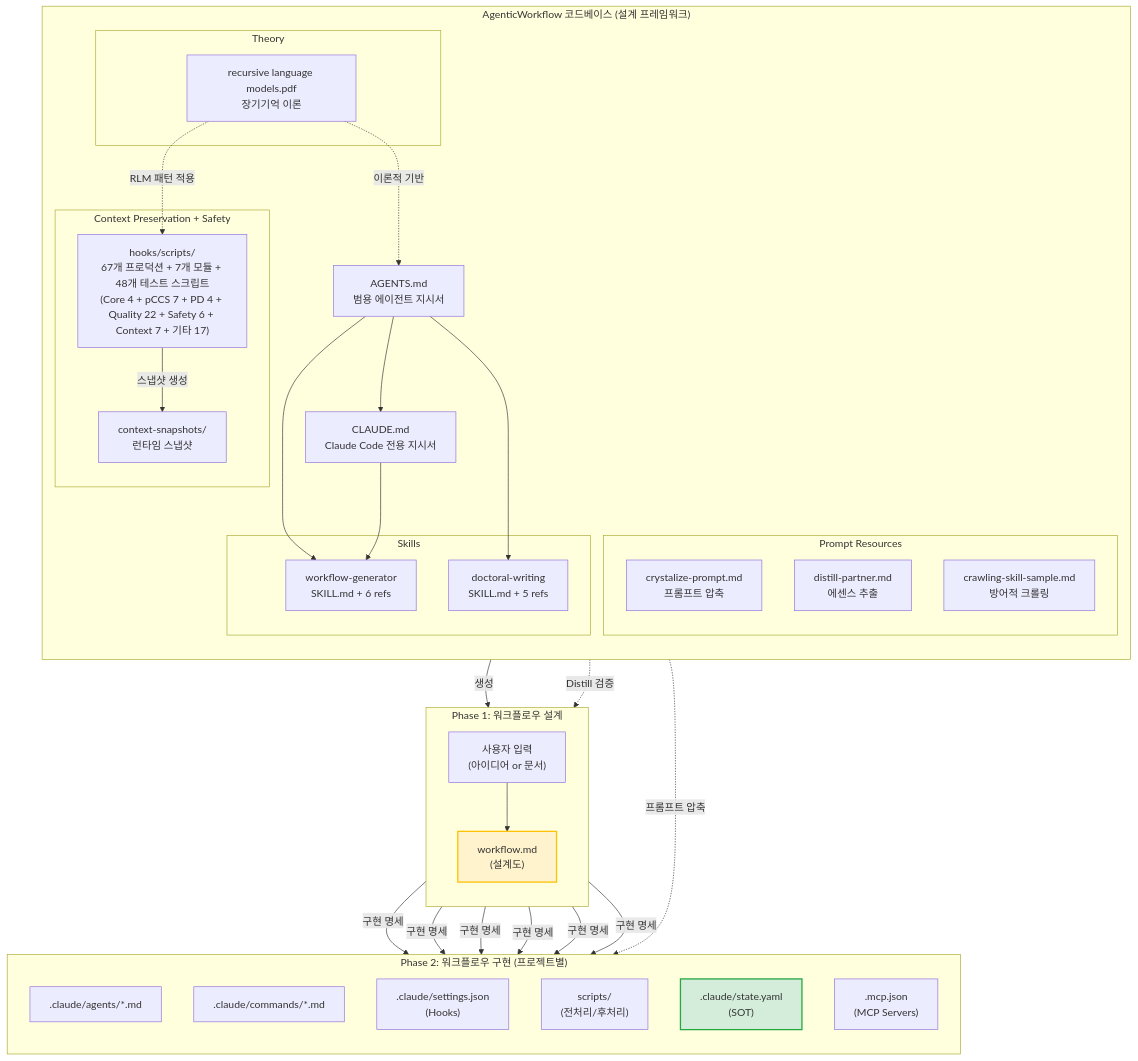
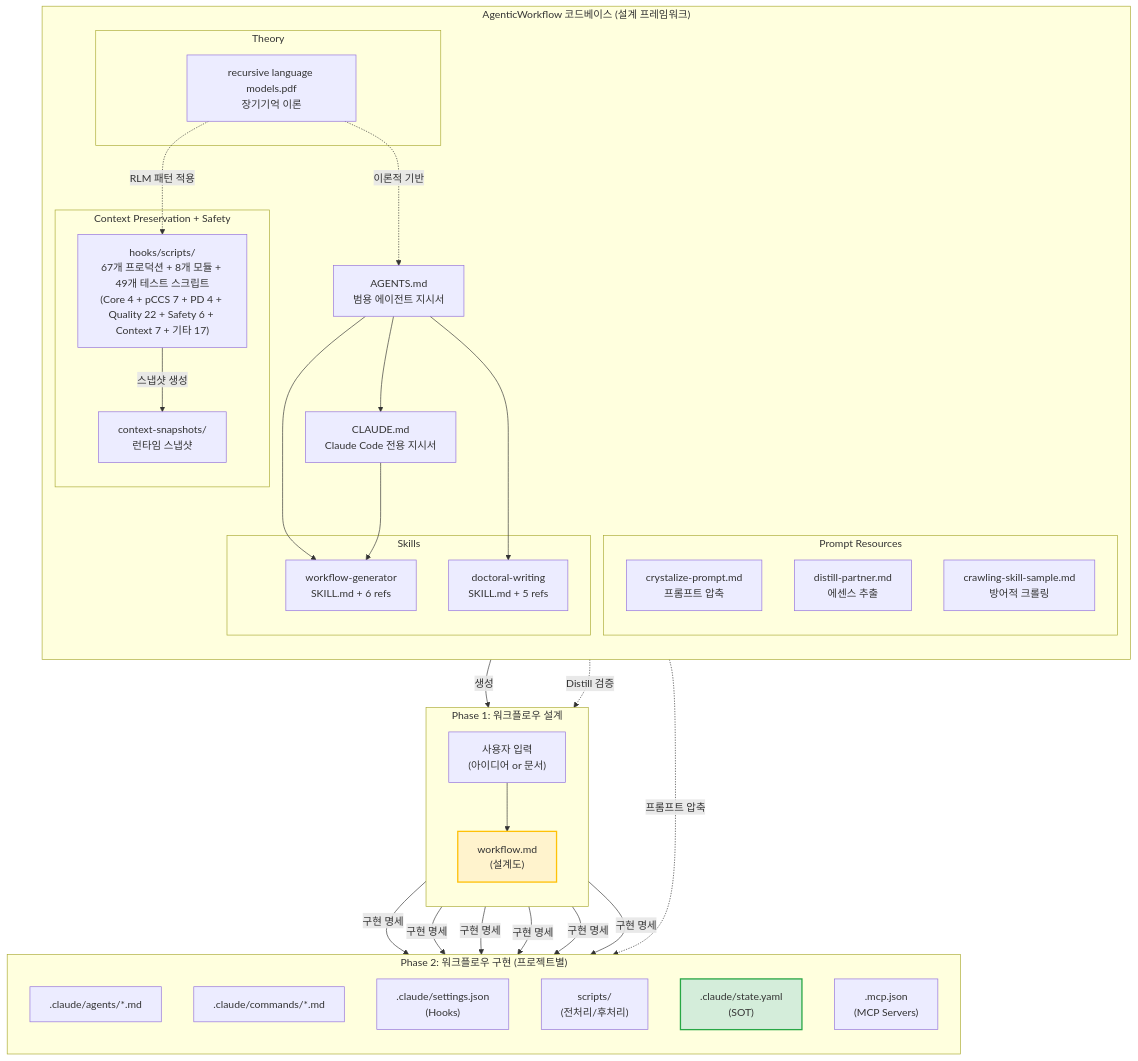
One commit to koallane-afk/Dissertation-Simulator-AgenticWorkflow changed the third of 14 diagrams in AGENTICWORKFLOW-ARCHITECTURE-AND-PHILOSOPHY.md. Above: the diagram before and after it, drawn with Mermaid. The commit also changed 8 other files, not shown here.

````diff
--- a/AGENTICWORKFLOW-ARCHITECTURE-AND-PHILOSOPHY.md
+++ b/AGENTICWORKFLOW-ARCHITECTURE-AND-PHILOSOPHY.md
@@ -233,66 +233,66 @@
 ```mermaid
 graph TB
     subgraph "AgenticWorkflow 코드베이스 (설계 프레임워크)"
         direction TB
         CLAUDE["CLAUDE.md<br/>Claude Code 전용 지시서"]
         AGENTS["AGENTS.md<br/>범용 에이전트 지시서"]
 
         subgraph "Skills"
             WG["workflow-generator<br/>SKILL.md + 6 refs"]
             DW["doctoral-writing<br/>SKILL.md + 5 refs"]
         end
 
         subgraph "Context Preservation + Safety"
-            CPS["hooks/scripts/<br/>67개 프로덕션 + 7개 모듈 + 48개 테스트 스크립트<br/>(Core 4 + pCCS 7 + PD 4 + Quality 22 + Safety 6 + Context 7 + 기타 17)"]
+            CPS["hooks/scripts/<br/>67개 프로덕션 + 8개 모듈 + 49개 테스트 스크립트<br/>(Core 4 + pCCS 7 + PD 4 + Quality 22 + Safety 6 + Context 7 + 기타 17)"]
             CSS["context-snapshots/<br/>런타임 스냅샷"]
         end
 
         subgraph "Prompt Resources"
             CP["crystalize-prompt.md<br/>프롬프트 압축"]
             DP["distill-partner.md<br/>에센스 추출"]
             CS["crawling-skill-sample.md<br/>방어적 크롤링"]
         end
 
         subgraph "Theory"
             RLM["recursive language models.pdf<br/>장기기억 이론"]
         end
 
         AGENTS --> CLAUDE
         AGENTS --> WG
         AGENTS --> DW
         CLAUDE --> WG
         RLM -.->|"이론적 기반"| AGENTS
         RLM -.->|"RLM 패턴 적용"| CPS
         CPS -->|"스냅샷 생성"| CSS
     end
 
     subgraph "Phase 1: 워크플로우 설계"
         direction TB
         USER_INPUT["사용자 입력<br/>(아이디어 or 문서)"]
         WF["workflow.md<br/>(설계도)"]
         USER_INPUT --> WF
     end
 
     subgraph "Phase 2: 워크플로우 구현 (프로젝트별)"
         direction TB
         AG[".claude/agents/*.md"]
         CMD[".claude/commands/*.md"]
         HK[".claude/settings.json<br/>(Hooks)"]
         SC["scripts/<br/>(전처리/후처리)"]
         SOT[".claude/state.yaml<br/>(SOT)"]
         MCP[".mcp.json<br/>(MCP Servers)"]
     end
 
     WG -->|"생성"| WF
     DP -.->|"Distill 검증"| WF
     CP -.->|"프롬프트 압축"| AG
     WF -->|"구현 명세"| AG
     WF -->|"구현 명세"| CMD
     WF -->|"구현 명세"| HK
     WF -->|"구현 명세"| SC
     WF -->|"구현 명세"| SOT
     WF -->|"구현 명세"| MCP
 
     style WF fill:#fff3cd,stroke:#ffc107,stroke-width:2px
     style SOT fill:#d4edda,stroke:#28a745,stroke-width:2px
 ```
````
